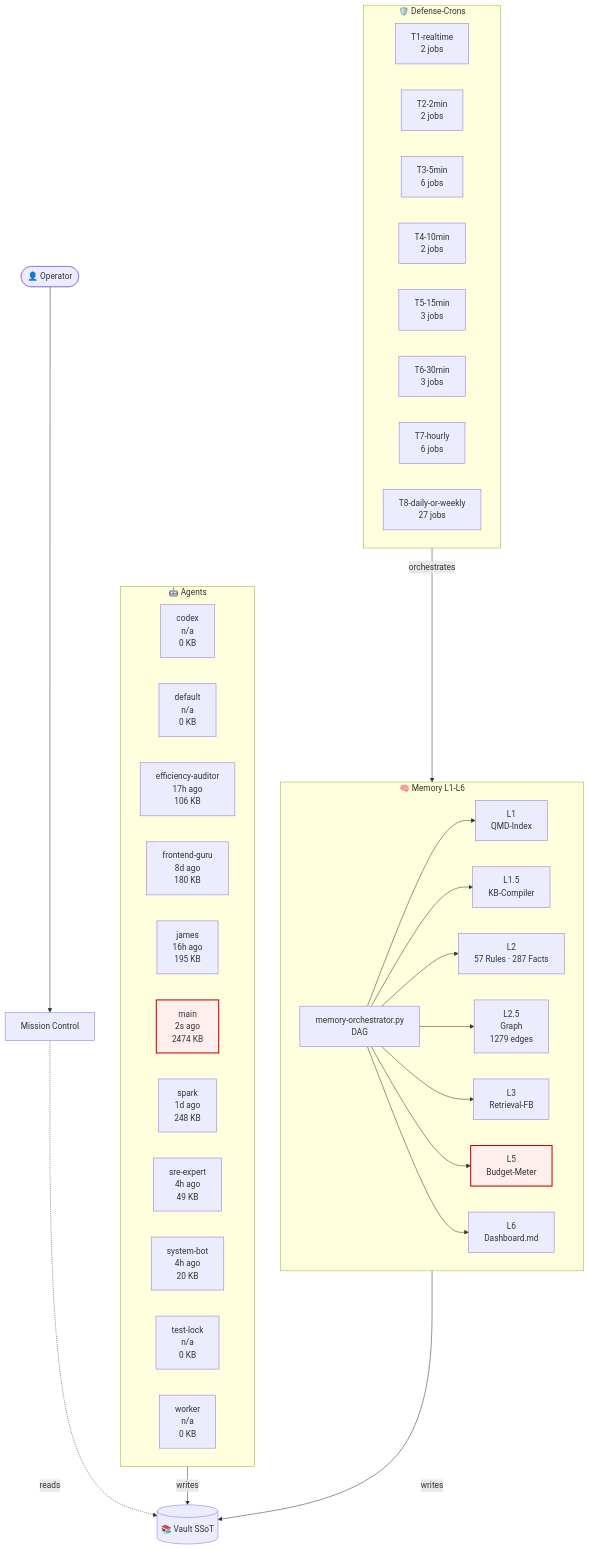
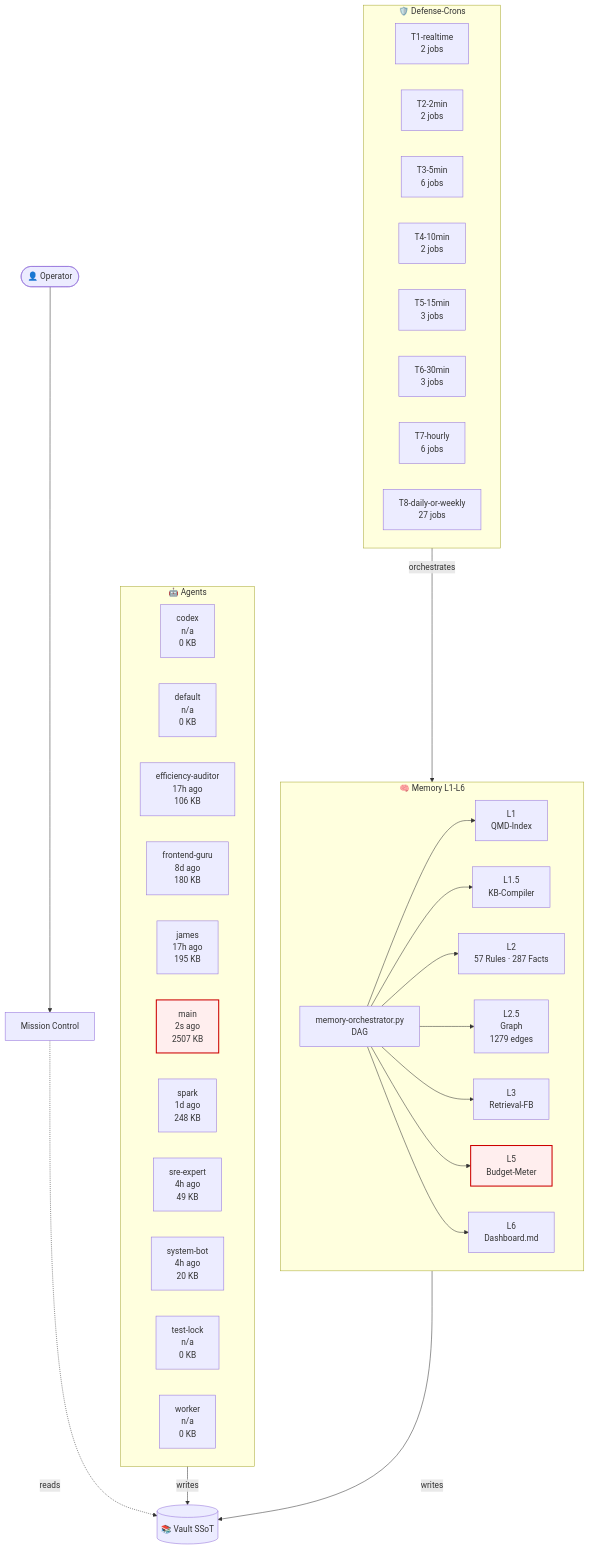
Before and after one commit to lenardhuebner88-rgb/openclaw-memory: the diagram in 03-Agents/architecture-live.md, drawn with Mermaid. The commit also changed other lines of this file and 1 other file, not shown here.

````diff
--- a/03-Agents/architecture-live.md
+++ b/03-Agents/architecture-live.md
@@ -18,54 +18,54 @@
 ```mermaid
 flowchart TB
     classDef critical fill:#fee,stroke:#c00,stroke-width:2px;
     subgraph AGT["🤖 Agents"]
         agent_codex["codex<br/>n/a<br/>0 KB"]
         agent_default["default<br/>n/a<br/>0 KB"]
         agent_efficiency_auditor["efficiency-auditor<br/>17h ago<br/>106 KB"]
         agent_frontend_guru["frontend-guru<br/>8d ago<br/>180 KB"]
-        agent_james["james<br/>16h ago<br/>195 KB"]
-        agent_main["main<br/>2s ago<br/>2474 KB"]
+        agent_james["james<br/>17h ago<br/>195 KB"]
+        agent_main["main<br/>2s ago<br/>2507 KB"]
         agent_spark["spark<br/>1d ago<br/>248 KB"]
         agent_sre_expert["sre-expert<br/>4h ago<br/>49 KB"]
         agent_system_bot["system-bot<br/>4h ago<br/>20 KB"]
         agent_test_lock["test-lock<br/>n/a<br/>0 KB"]
         agent_worker["worker<br/>n/a<br/>0 KB"]
     end
     subgraph MEM["🧠 Memory L1-L6"]
         L1["L1<br/>QMD-Index"]
         L15["L1.5<br/>KB-Compiler"]
         L2["L2<br/>57 Rules · 287 Facts"]
         L25["L2.5<br/>Graph<br/>1279 edges"]
         L3["L3<br/>Retrieval-FB"]
         L5["L5<br/>Budget-Meter"]
         L6["L6<br/>Dashboard.md"]
         ORCH["memory-orchestrator.py<br/>DAG"]
     end
     subgraph CRN["🛡️ Defense-Crons"]
         tier_T1_realtime["T1-realtime<br/>2 jobs"]
         tier_T2_2min["T2-2min<br/>2 jobs"]
         tier_T3_5min["T3-5min<br/>6 jobs"]
         tier_T4_10min["T4-10min<br/>2 jobs"]
         tier_T5_15min["T5-15min<br/>3 jobs"]
         tier_T6_30min["T6-30min<br/>3 jobs"]
         tier_T7_hourly["T7-hourly<br/>6 jobs"]
         tier_T8_daily_or_weekly["T8-daily-or-weekly<br/>27 jobs"]
     end
     VAULT[("📚 Vault SSoT")]
     OP([👤 Operator])
     MC["Mission Control"]
     OP --> MC
     MC -.reads.-> VAULT
     AGT -->|writes| VAULT
     MEM -->|writes| VAULT
     ORCH --> L1
     ORCH --> L15
     ORCH --> L2
     ORCH --> L25
     ORCH --> L3
     ORCH --> L5
     ORCH --> L6
     CRN -->|orchestrates| MEM
     class L5 critical
     class agent_main critical
 ```
````
